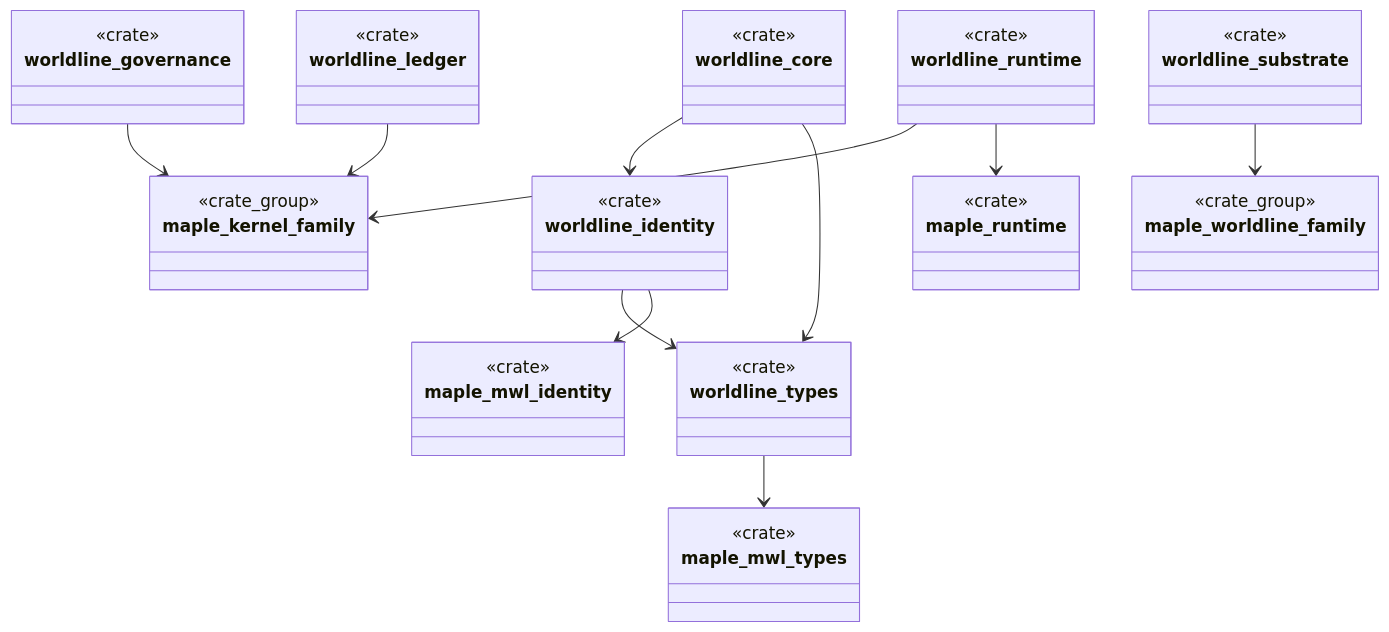
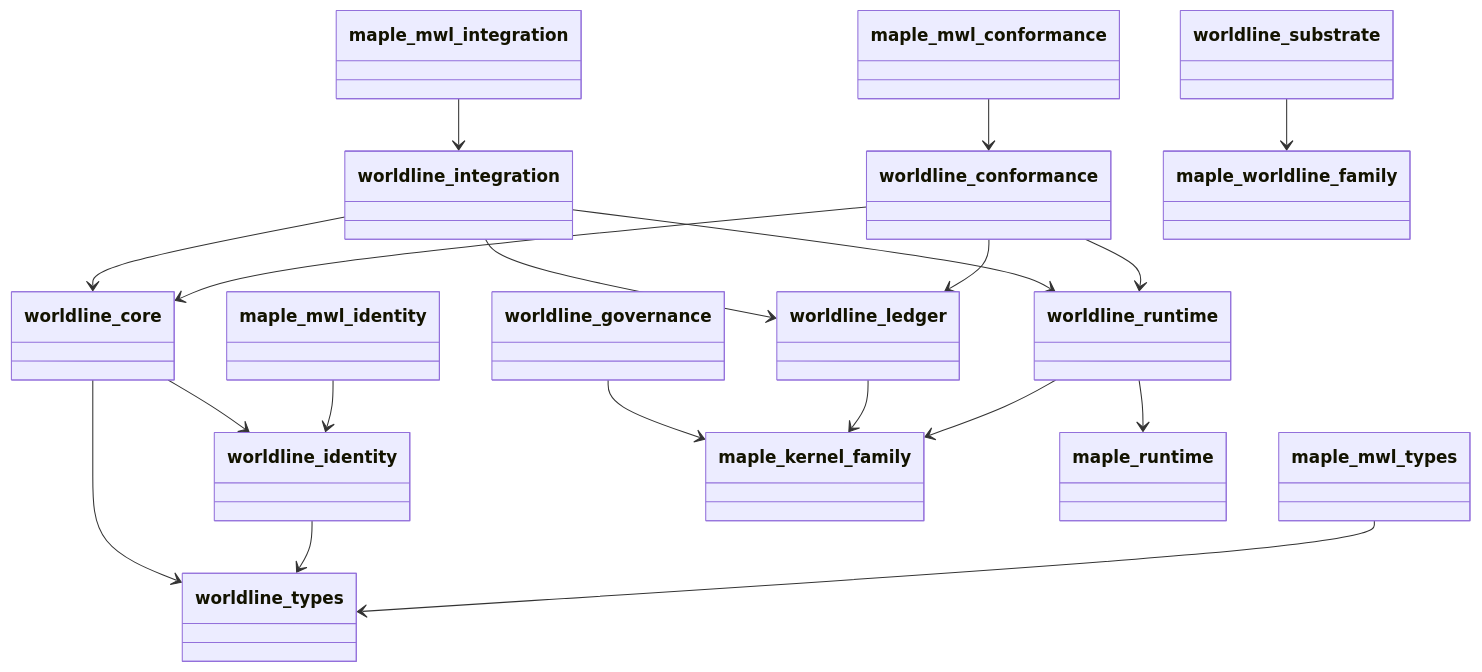
Before and after one commit to mapleaiorg/maple: the second of 2 diagrams in docs/architecture/02-crate-layout.md, drawn with Mermaid. The commit also changed other lines of this file and 153 other files, not shown here.

Commit message:
architecture enhance

````diff
--- a/docs/architecture/02-crate-layout.md
+++ b/docs/architecture/02-crate-layout.md
@@ -104,27 +113,39 @@
 ```mermaid
 classDiagram
-  class worldline_types <<crate>>
-  class worldline_identity <<crate>>
-  class worldline_core <<crate>>
-  class worldline_runtime <<crate>>
-  class worldline_ledger <<crate>>
-  class worldline_governance <<crate>>
-  class worldline_substrate <<crate>>
+  class worldline_types
+  class worldline_identity
+  class worldline_core
+  class worldline_runtime
+  class worldline_ledger
+  class worldline_governance
+  class worldline_substrate
+  class worldline_conformance
+  class worldline_integration
 
-  class maple_mwl_types <<crate>>
-  class maple_mwl_identity <<crate>>
-  class maple_kernel_family <<crate_group>>
-  class maple_runtime <<crate>>
-  class maple_worldline_family <<crate_group>>
+  class maple_mwl_types
+  class maple_mwl_identity
+  class maple_kernel_family
+  class maple_runtime
+  class maple_worldline_family
+  class maple_mwl_conformance
+  class maple_mwl_integration
 
-  worldline_types --> maple_mwl_types
-  worldline_identity --> maple_mwl_identity
+  maple_mwl_types --> worldline_types
+  maple_mwl_identity --> worldline_identity
   worldline_identity --> worldline_types
   worldline_core --> worldline_types
   worldline_core --> worldline_identity
   worldline_runtime --> maple_runtime
   worldline_runtime --> maple_kernel_family
   worldline_ledger --> maple_kernel_family
   worldline_governance --> maple_kernel_family
   worldline_substrate --> maple_worldline_family
+  maple_mwl_conformance --> worldline_conformance
+  worldline_conformance --> worldline_core
+  worldline_conformance --> worldline_runtime
+  worldline_conformance --> worldline_ledger
+  maple_mwl_integration --> worldline_integration
+  worldline_integration --> worldline_core
+  worldline_integration --> worldline_runtime
+  worldline_integration --> worldline_ledger
 ```
````
